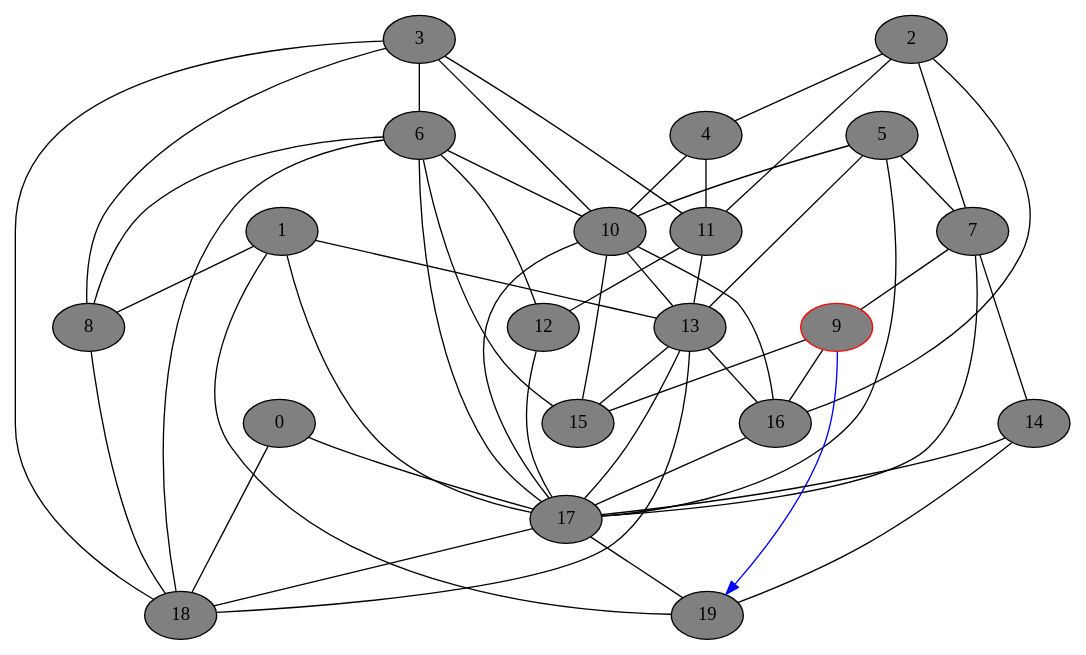
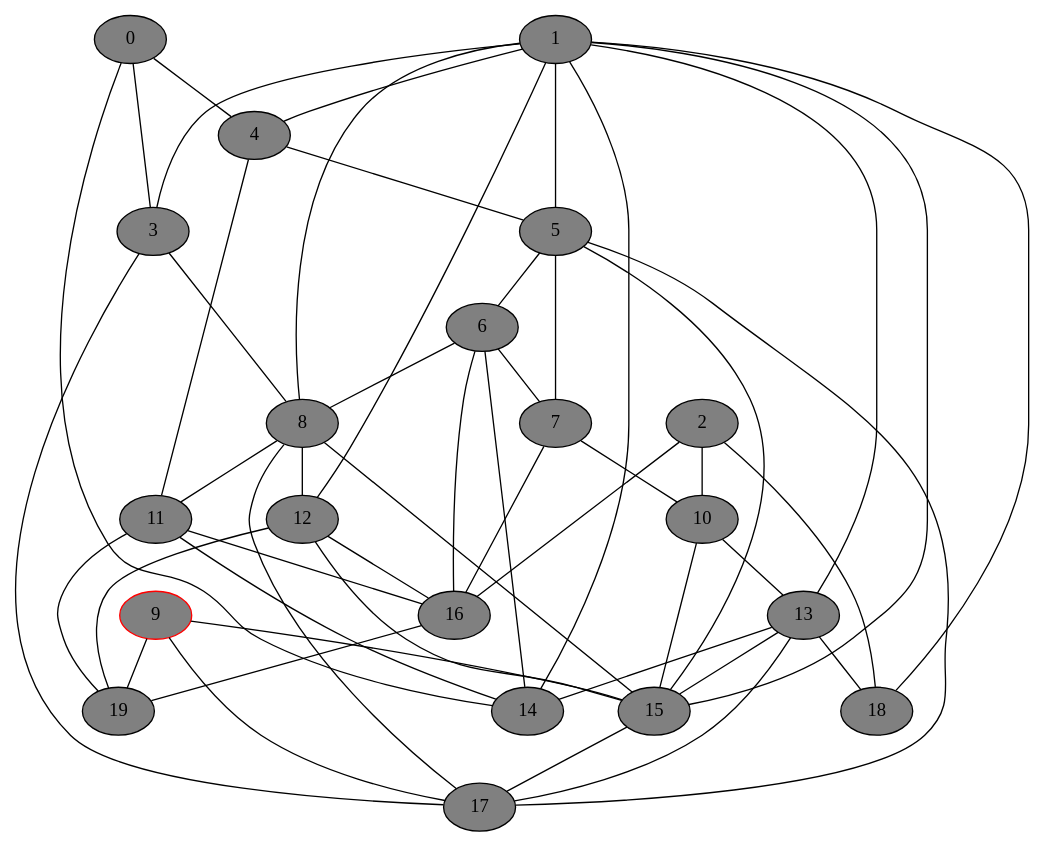
Before and after one commit to DSMishler/EBA_models: the diagram in gv_graphs/nxt0100.dot, drawn with Graphviz. The commit also changed 941 other files, not shown here.

```diff
--- a/gv_graphs/nxt0100.dot
+++ b/gv_graphs/nxt0100.dot
@@ -1,74 +1,74 @@
 // network test graph
 digraph
 {
 	0 [fillcolor=gray,style=filled,]
 	1 [fillcolor=gray,style=filled,]
 	2 [fillcolor=gray,style=filled,]
 	3 [fillcolor=gray,style=filled,]
 	4 [fillcolor=gray,style=filled,]
 	5 [fillcolor=gray,style=filled,]
 	6 [fillcolor=gray,style=filled,]
 	7 [fillcolor=gray,style=filled,]
 	8 [fillcolor=gray,style=filled,]
 	9 [fillcolor=gray,style=filled,color=red,]
 	10 [fillcolor=gray,style=filled,]
 	11 [fillcolor=gray,style=filled,]
 	12 [fillcolor=gray,style=filled,]
 	13 [fillcolor=gray,style=filled,]
 	14 [fillcolor=gray,style=filled,]
 	15 [fillcolor=gray,style=filled,]
 	16 [fillcolor=gray,style=filled,]
 	17 [fillcolor=gray,style=filled,]
 	18 [fillcolor=gray,style=filled,]
 	19 [fillcolor=gray,style=filled,]
-	0 -> 17 [dir=none]
-	0 -> 18 [dir=none]
+	0 -> 3 [dir=none]
+	0 -> 4 [dir=none]
+	0 -> 14 [dir=none]
+	1 -> 3 [dir=none]
+	1 -> 4 [dir=none]
+	1 -> 5 [dir=none]
 	1 -> 8 [dir=none]
+	1 -> 12 [dir=none]
 	1 -> 13 [dir=none]
-	1 -> 17 [dir=none]
-	1 -> 19 [dir=none]
-	2 -> 4 [dir=none]
-	2 -> 7 [dir=none]
-	2 -> 11 [dir=none]
+	1 -> 14 [dir=none]
+	1 -> 15 [dir=none]
+	1 -> 18 [dir=none]
+	2 -> 10 [dir=none]
 	2 -> 16 [dir=none]
-	3 -> 6 [dir=none]
+	2 -> 18 [dir=none]
 	3 -> 8 [dir=none]
-	3 -> 10 [dir=none]
-	3 -> 11 [dir=none]
-	3 -> 18 [dir=none]
-	4 -> 10 [dir=none]
+	3 -> 17 [dir=none]
+	4 -> 5 [dir=none]
 	4 -> 11 [dir=none]
+	5 -> 6 [dir=none]
 	5 -> 7 [dir=none]
-	5 -> 10 [dir=none]
-	5 -> 13 [dir=none]
+	5 -> 15 [dir=none]
 	5 -> 17 [dir=none]
+	6 -> 7 [dir=none]
 	6 -> 8 [dir=none]
-	6 -> 10 [dir=none]
-	6 -> 12 [dir=none]
-	6 -> 15 [dir=none]
-	6 -> 17 [dir=none]
-	6 -> 18 [dir=none]
-	7 -> 9 [dir=none]
-	7 -> 14 [dir=none]
-	7 -> 17 [dir=none]
-	8 -> 18 [dir=none]
+	6 -> 14 [dir=none]
+	6 -> 16 [dir=none]
+	7 -> 10 [dir=none]
+	7 -> 16 [dir=none]
+	8 -> 11 [dir=none]
+	8 -> 12 [dir=none]
+	8 -> 15 [dir=none]
+	8 -> 17 [dir=none]
 	9 -> 15 [dir=none]
-	9 -> 16 [dir=none]
-	9 -> 19 [dir=forward,color=blue,]
+	9 -> 17 [dir=none]
+	9 -> 19 [dir=none]
 	10 -> 13 [dir=none]
 	10 -> 15 [dir=none]
-	10 -> 16 [dir=none]
-	10 -> 17 [dir=none]
-	11 -> 12 [dir=none]
-	11 -> 13 [dir=none]
-	12 -> 17 [dir=none]
+	11 -> 14 [dir=none]
+	11 -> 16 [dir=none]
+	11 -> 19 [dir=none]
+	12 -> 15 [dir=none]
+	12 -> 16 [dir=none]
+	12 -> 19 [dir=none]
+	13 -> 14 [dir=none]
 	13 -> 15 [dir=none]
-	13 -> 16 [dir=none]
 	13 -> 17 [dir=none]
 	13 -> 18 [dir=none]
-	14 -> 17 [dir=none]
-	14 -> 19 [dir=none]
-	16 -> 17 [dir=none]
-	17 -> 18 [dir=none]
-	17 -> 19 [dir=none]
+	15 -> 17 [dir=none]
+	16 -> 19 [dir=none]
 }
```
